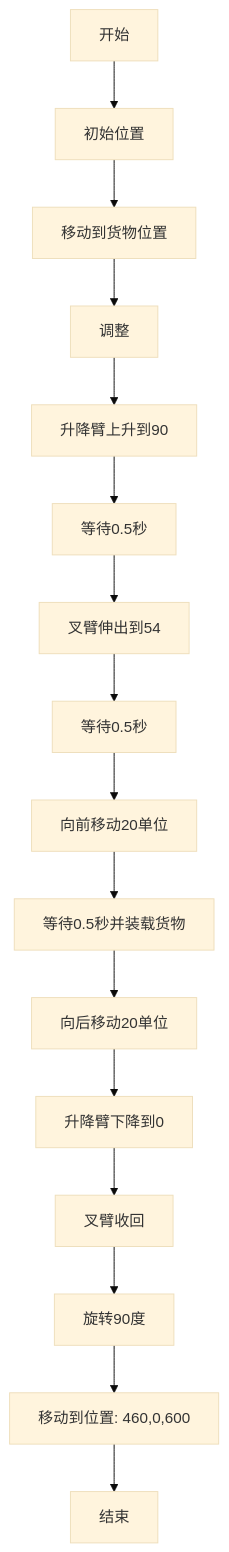
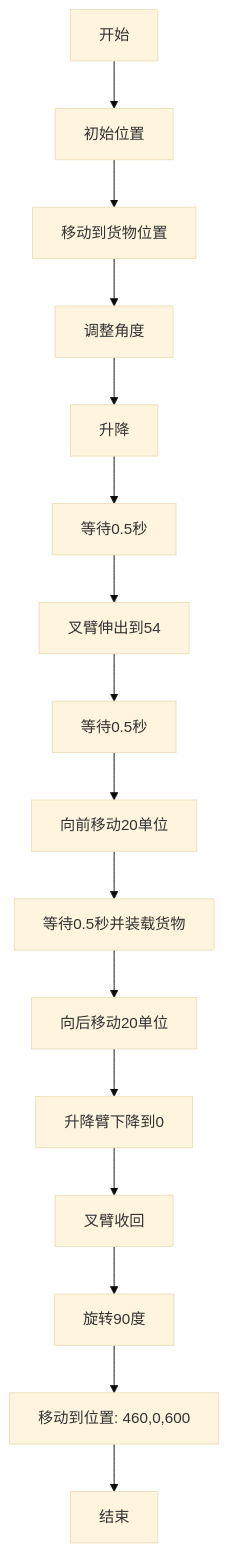
One commit to Mrmilu212/iodraw-files changed the diagram in all/未命名-1.md. Above: the diagram before and after it, drawn with Mermaid (base theme).

Commit message:
2025-05-20 14:22:29 update

````diff
--- a/all/未命名-1.md
+++ b/all/未命名-1.md
@@ -1,18 +1,18 @@
 ```mermaid
 graph TD
     A[开始] --> B[初始位置]
     B --> C[移动到货物位置]
-    C --> D[调整]
-    D --> E[升降臂上升到90]
+    C --> D[调整角度]
+    D --> E[升降]
     E --> F[等待0.5秒]
     F --> G[叉臂伸出到54]
     G --> H[等待0.5秒]
     H --> I[向前移动20单位]
     I --> J[等待0.5秒并装载货物]
     J --> K[向后移动20单位]
     K --> L[升降臂下降到0]
     L --> M[叉臂收回]
     M --> N[旋转90度]
     N --> O[移动到位置: 460,0,600]
     O --> P[结束]
 ```
````
